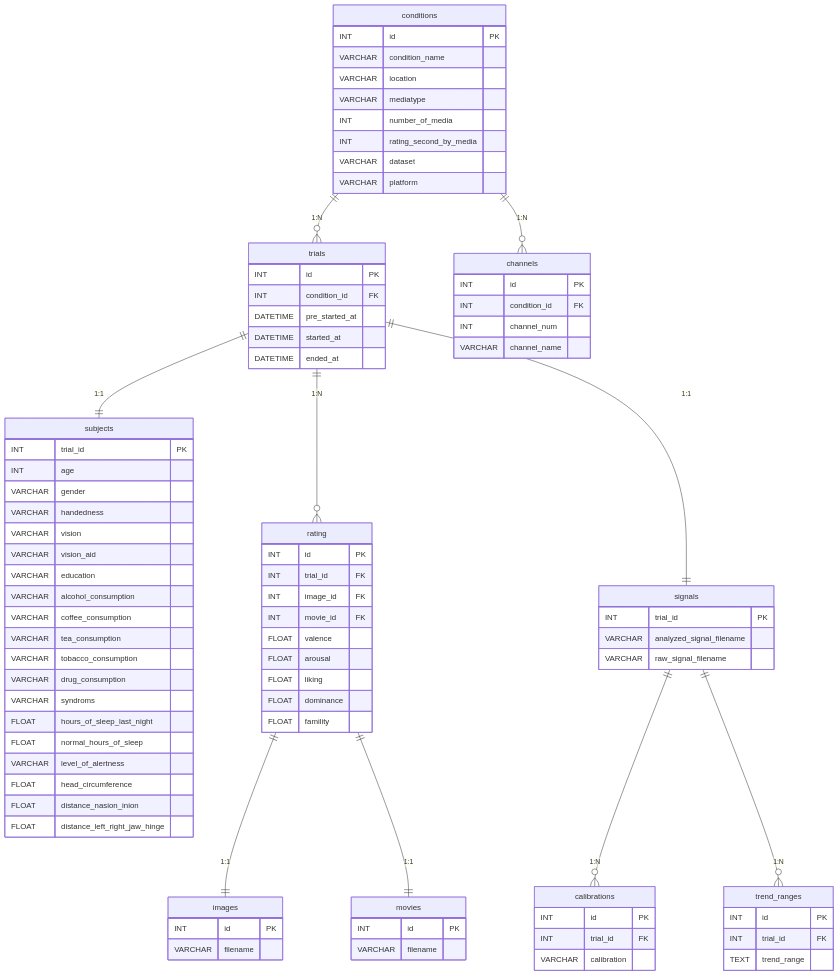
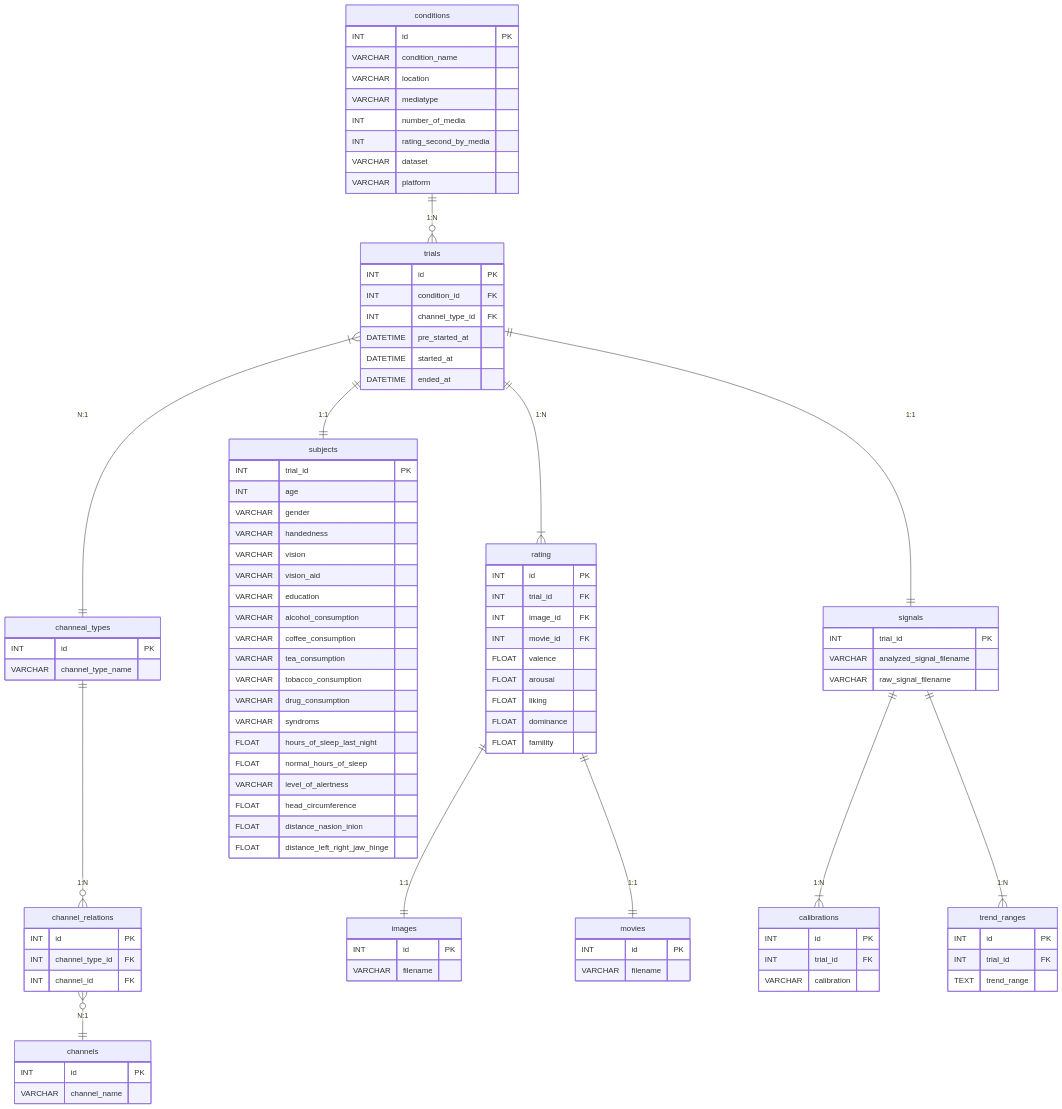
One commit to ISDL-dev/MERS changed the second of 2 diagrams in README.md. Above: the diagram before and after it, drawn with Mermaid. The commit also changed other lines of this file and 2 other files, not shown here.

````diff
--- a/README.md
+++ b/README.md
@@ -97,27 +123,34 @@
 ```mermaid
 erDiagram
     conditions ||--o{ trials:"1:N"
-    conditions ||--o{ channels:"1:N"
+    channeal_types ||--o{ channel_relations:"1:N"
+    channel_relations }o--|| channels:"N:1"
+    trials }|--|| channeal_types:"N:1"
     trials ||--|| subjects:"1:1"
     rating ||--|| images:"1:1"
     rating ||--|| movies:"1:1"
-    trials ||--o{ rating:"1:N"
+    trials ||--|{ rating:"1:N"
     trials ||--|| signals:"1:1"
-    signals ||--o{ calibrations:"1:N"
-    signals ||--o{ trend_ranges:"1:N"
-    channels{
+    signals ||--|{ calibrations:"1:N"
+    signals ||--|{ trend_ranges:"1:N"
+
+    channeal_types {
         INT id PK
-        INT condition_id FK
-        INT channel_num
-        VARCHAR channel_name
+        VARCHAR channel_type_name
+    }
+
+    channel_relations {
+        INT id PK
+        INT channel_type_id FK
+        INT channel_id FK
     }
 
     conditions {
-        INT id PK  
-        VARCHAR condition_name         
+        INT id PK
+        VARCHAR condition_name
         VARCHAR location
         VARCHAR mediatype
-        INT number_of_media    
+        INT number_of_media
         INT rating_second_by_media
         VARCHAR dataset
         VARCHAR platform
@@ -126,9 +159,15 @@
     trials {
         INT id PK
         INT condition_id FK
+        INT channel_type_id FK
         DATETIME pre_started_at
         DATETIME started_at
         DATETIME ended_at
+    }
+
+    channels {
+        INT id PK
+        VARCHAR channel_name
     }
 
     subjects {
````
